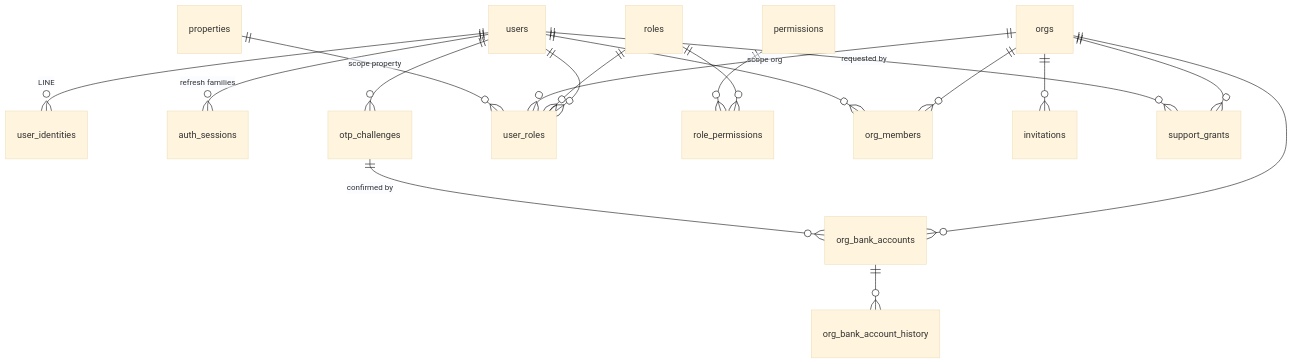
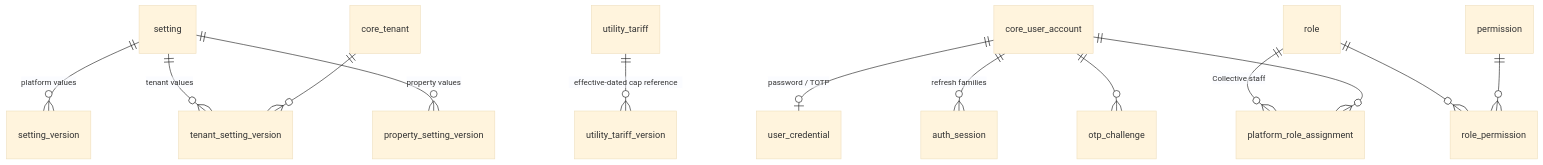
The third of 13 diagrams in docs/schema-design.md (Collective-Group-Thailand/getproperty-api), drawn with Mermaid (base theme) before and after one commit. The commit also changed other lines of this file, not shown here.

First line of the commit message:
docs(schema): schema design v2 — neutral asset core, six schemas, RLS (D-150–D-161)

````diff
--- a/docs/schema-design.md
+++ b/docs/schema-design.md
@@ -1059,20 +1131,15 @@
 ```mermaid
 erDiagram
-  users ||--o{ user_identities : "LINE"
-  users ||--o{ auth_sessions : "refresh families"
-  users ||--o{ otp_challenges : ""
-  users ||--o{ user_roles : ""
-  roles ||--o{ user_roles : ""
-  roles ||--o{ role_permissions : ""
-  permissions ||--o{ role_permissions : ""
-  orgs ||--o{ user_roles : "scope org"
-  properties ||--o{ user_roles : "scope property"
-  orgs ||--o{ org_members : ""
-  users ||--o{ org_members : ""
-  orgs ||--o{ invitations : ""
-  orgs ||--o{ support_grants : ""
-  users ||--o{ support_grants : "requested by"
-  orgs ||--o{ org_bank_accounts : ""
-  org_bank_accounts ||--o{ org_bank_account_history : ""
-  otp_challenges ||--o{ org_bank_accounts : "confirmed by"
+  setting ||--o{ setting_version : "platform values"
+  setting ||--o{ tenant_setting_version : "tenant values"
+  setting ||--o{ property_setting_version : "property values"
+  core_tenant ||--o{ tenant_setting_version : ""
+  utility_tariff ||--o{ utility_tariff_version : "effective-dated cap reference"
+  core_user_account ||--o| user_credential : "password / TOTP"
+  core_user_account ||--o{ auth_session : "refresh families"
+  core_user_account ||--o{ otp_challenge : ""
+  role ||--o{ role_permission : ""
+  permission ||--o{ role_permission : ""
+  role ||--o{ platform_role_assignment : "Collective staff"
+  core_user_account ||--o{ platform_role_assignment : ""
 ```
````
